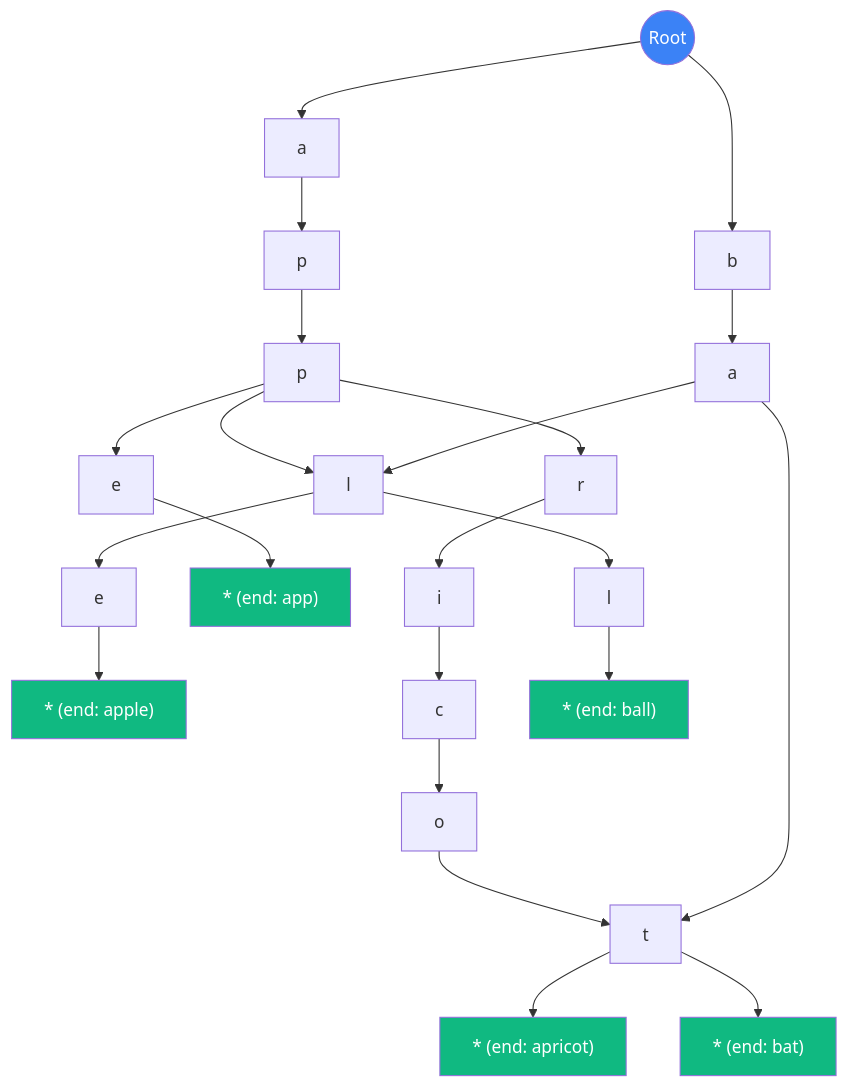
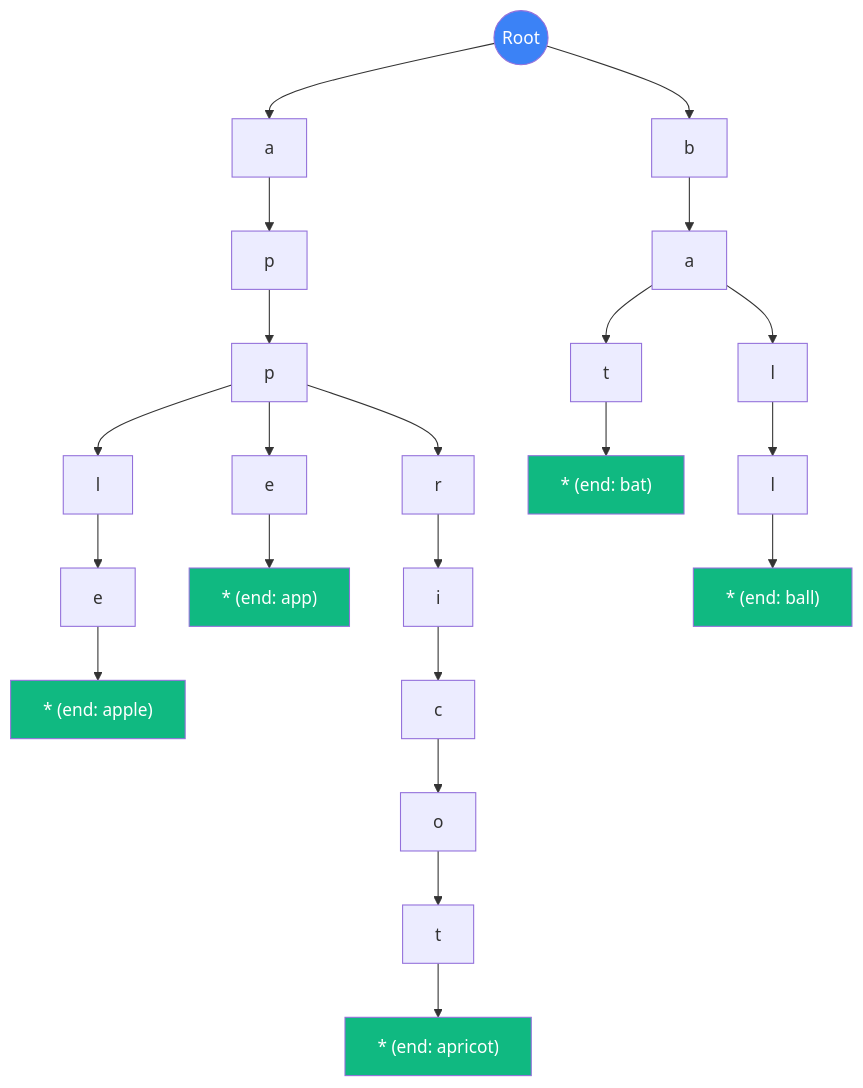
The diagram in frontend/src/features/docs/content/trees/trie-prefix-tree.md (maitieubao/VisualizationDSA), drawn with Mermaid before and after one commit. The commit also changed other lines of this file and 598 other files, not shown here.

````diff
--- a/frontend/src/features/docs/content/trees/trie-prefix-tree.md
+++ b/frontend/src/features/docs/content/trees/trie-prefix-tree.md
@@ -39,37 +39,37 @@
 ```mermaid
 flowchart TD
     Root((Root)) --> A["a"]
     Root --> B["b"]
     
     A --> P1["p"]
     P1 --> P2["p"]
-    P2 --> L["l"]
+    P2 --> L1["l"]
     P2 --> E["e"]
     P2 --> R["r"]
     
-    L --> E1["e"]
+    L1 --> E1["e"]
     E1 --> Star1["* (end: apple)"]
     
     E --> Star2["* (end: app)"]
     
     R --> I["i"]
     I --> C["c"]
     C --> O["o"]
-    O --> T["t"]
-    T --> Star3["* (end: apricot)"]
+    O --> T1["t"]
+    T1 --> Star3["* (end: apricot)"]
     
     B --> A1["a"]
-    A1 --> T["t"]
-    T --> Star4["* (end: bat)"]
+    A1 --> T2["t"]
+    T2 --> Star4["* (end: bat)"]
     
-    A1 --> L["l"]
-    L --> L2["l"]
+    A1 --> L3["l"]
+    L3 --> L2["l"]
     L2 --> Star5["* (end: ball)"]
     
     style Root fill:#3b82f6,color:#fff
     style Star1 fill:#10b981,color:#fff
     style Star2 fill:#10b981,color:#fff
     style Star3 fill:#10b981,color:#fff
     style Star4 fill:#10b981,color:#fff
     style Star5 fill:#10b981,color:#fff
 ```
````
